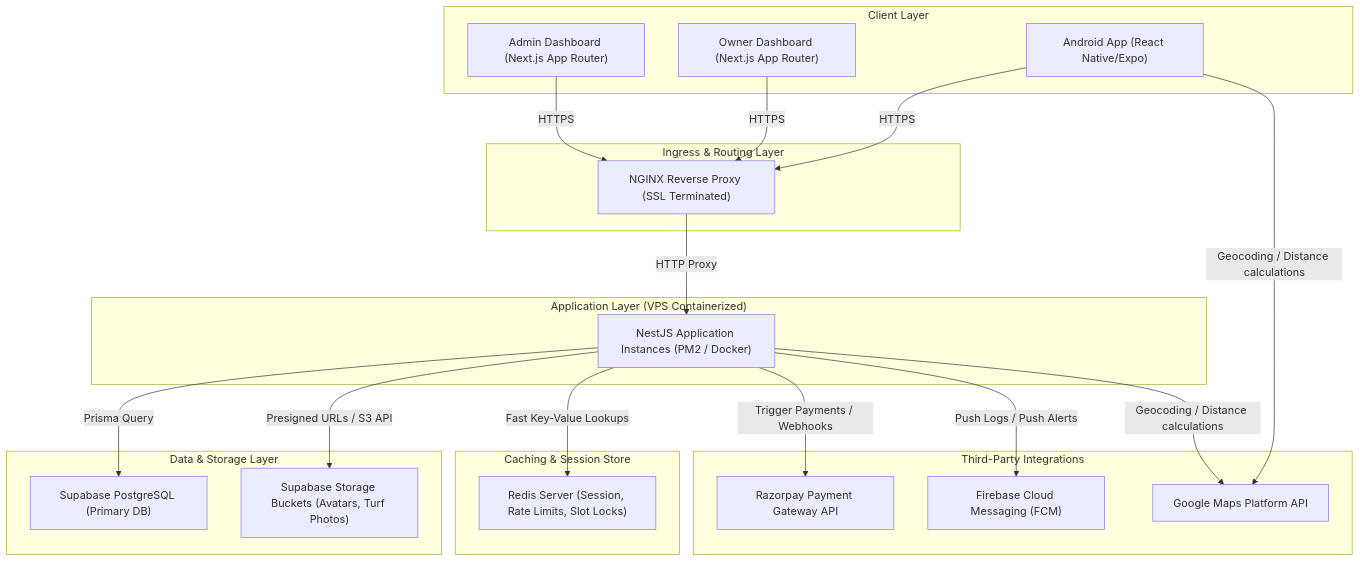
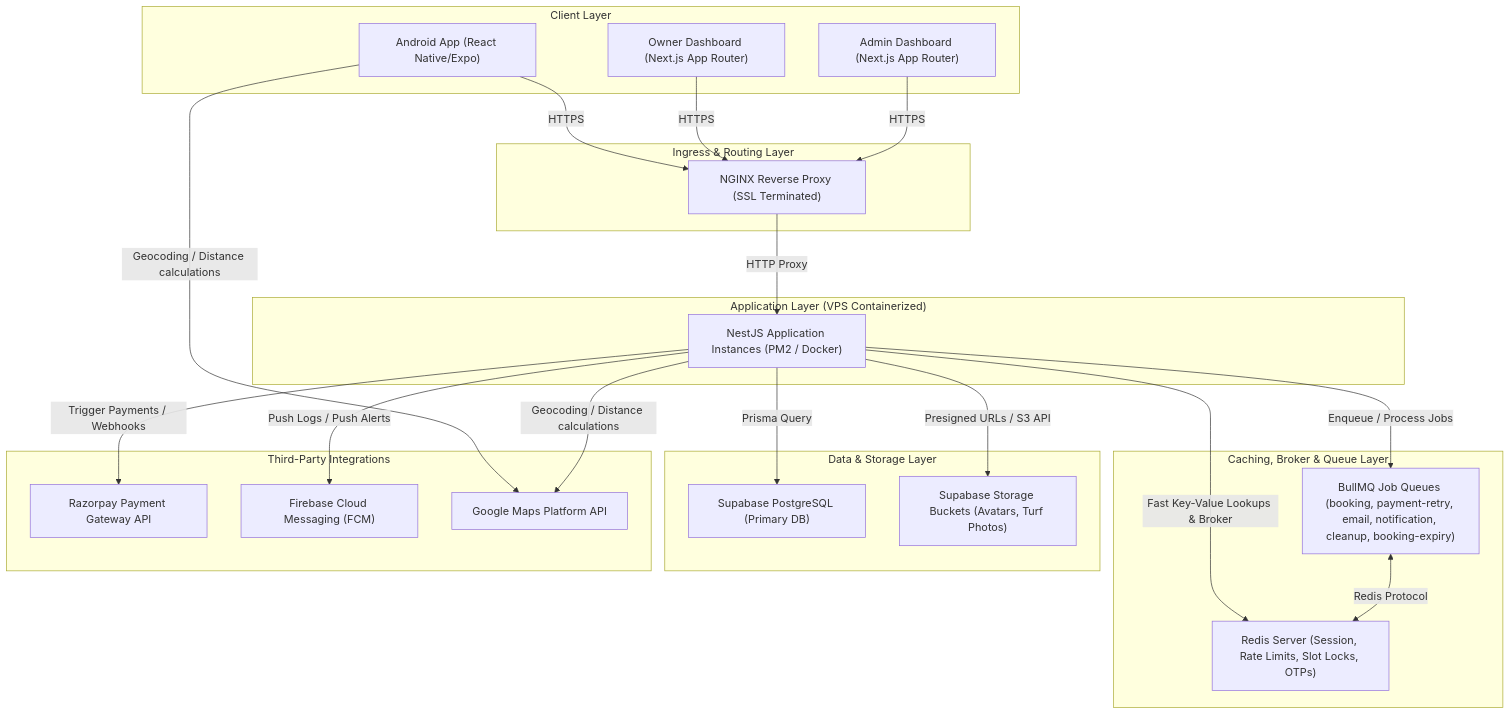
The first of 6 diagrams in docs/software_design/technical_architecture.md (SevenX-Labs/Turfsy-Server), drawn with Mermaid before and after one commit. The commit also changed other lines of this file and 32 other files, not shown here.

Commit message:
feat: integrate Redis and BullMQ modules with dedicated workers for background tasks and event processing

````diff
--- a/docs/software_design/technical_architecture.md
+++ b/docs/software_design/technical_architecture.md
@@ -15,49 +15,52 @@
 ```mermaid
 flowchart TD
     subgraph Clients["Client Layer"]
         AndroidApp["Android App (React Native/Expo)"]
         OwnerWeb["Owner Dashboard (Next.js App Router)"]
         AdminWeb["Admin Dashboard (Next.js App Router)"]
     end
 
     subgraph Gateways["Ingress & Routing Layer"]
         NginxProxy["NGINX Reverse Proxy (SSL Terminated)"]
     end
 
     subgraph Service["Application Layer (VPS Containerized)"]
         NestJSApp["NestJS Application Instances (PM2 / Docker)"]
     end
 
-    subgraph CacheStore["Caching & Session Store"]
-        RedisDB["Redis Server (Session, Rate Limits, Slot Locks)"]
+    subgraph CacheStore["Caching, Broker & Queue Layer"]
+        RedisDB["Redis Server (Session, Rate Limits, Slot Locks, OTPs)"]
+        BullMQ["BullMQ Job Queues (booking, payment-retry, email, notification, cleanup, booking-expiry)"]
     end
 
     subgraph DatabaseStorage["Data & Storage Layer"]
         PostgresDB["Supabase PostgreSQL (Primary DB)"]
         SupabaseStore["Supabase Storage Buckets (Avatars, Turf Photos)"]
     end
 
     subgraph External["Third-Party Integrations"]
         RazorpayAPI["Razorpay Payment Gateway API"]
         FCMService["Firebase Cloud Messaging (FCM)"]
         GmapsAPI["Google Maps Platform API"]
     end
 
     %% Client Routing
     AndroidApp -->|HTTPS| NginxProxy
     OwnerWeb -->|HTTPS| NginxProxy
     AdminWeb -->|HTTPS| NginxProxy
 
     %% Gateway Routing
     NginxProxy -->|HTTP Proxy| NestJSApp
 
     %% Backend Dependencies
     NestJSApp -->|Prisma Query| PostgresDB
-    NestJSApp -->|Fast Key-Value Lookups| RedisDB
+    NestJSApp -->|Fast Key-Value Lookups & Broker| RedisDB
+    NestJSApp -->|Enqueue / Process Jobs| BullMQ
+    BullMQ <-->|Redis Protocol| RedisDB
     NestJSApp -->|Presigned URLs / S3 API| SupabaseStore
     
     %% External Integrations
     NestJSApp -->|Trigger Payments / Webhooks| RazorpayAPI
     NestJSApp -->|Push Logs / Push Alerts| FCMService
     AndroidApp & NestJSApp -->|Geocoding / Distance calculations| GmapsAPI
 ```
````
